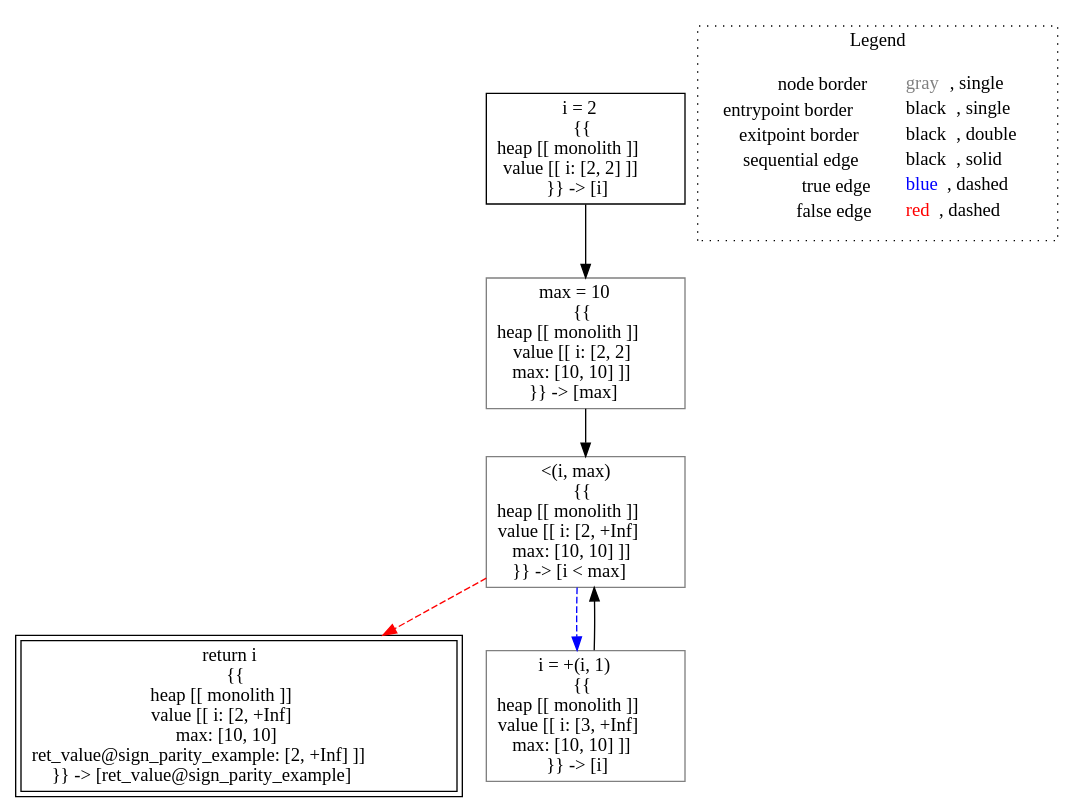
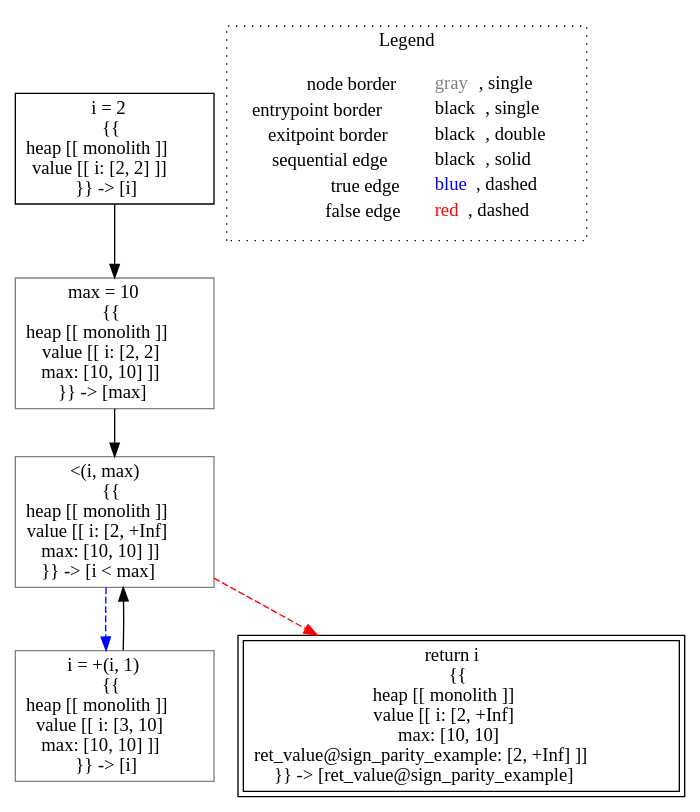
Before and after one commit to lisa-analyzer/lisa: the diagram in lisa/imp-testcases/interval/analysis___untyped_tutorial.sign_parity_example(tutorial_this).dot, drawn with Graphviz. The commit also changed 5 other files, not shown here.

```diff
--- a/lisa/imp-testcases/interval/analysis___untyped_tutorial.sign_parity_example(tutorial_this).dot
+++ b/lisa/imp-testcases/interval/analysis___untyped_tutorial.sign_parity_example(tutorial_this).dot
@@ -1,19 +1,19 @@
 digraph {
 	"node0" [shape="rect",color="black",label=<i = 2<BR/>{{<BR/>heap [[ monolith ]]<BR/>value [[ i: [2, 2] ]]<BR/>}} -&gt; [i]>];
-	"node1" [shape="rect",color="gray",label=<&lt;(i, max)<BR/>{{<BR/>heap [[ monolith ]]<BR/>value [[ i: [2, +Inf]<BR/>max: [10, 10] ]]<BR/>}} -&gt; [i &lt; max]>];
-	"node2" [shape="rect",color="gray",label=<max = 10<BR/>{{<BR/>heap [[ monolith ]]<BR/>value [[ i: [2, 2]<BR/>max: [10, 10] ]]<BR/>}} -&gt; [max]>];
-	"node3" [shape="rect",color="black",peripheries="2",label=<return i<BR/>{{<BR/>heap [[ monolith ]]<BR/>value [[ i: [2, +Inf]<BR/>max: [10, 10]<BR/>ret_value@sign_parity_example: [2, +Inf] ]]<BR/>}} -&gt; [ret_value@sign_parity_example]>];
-	"node4" [shape="rect",color="gray",label=<i = +(i, 1)<BR/>{{<BR/>heap [[ monolith ]]<BR/>value [[ i: [3, +Inf]<BR/>max: [10, 10] ]]<BR/>}} -&gt; [i]>];
-	"node1" -> "node3" [color="red",style="dashed"];
-	"node1" -> "node4" [color="blue",style="dashed"];
-	"node2" -> "node1" [color="black"];
-	"node4" -> "node1" [color="black"];
-	"node0" -> "node2" [color="black"];
+	"node1" [shape="rect",color="black",peripheries="2",label=<return i<BR/>{{<BR/>heap [[ monolith ]]<BR/>value [[ i: [2, +Inf]<BR/>max: [10, 10]<BR/>ret_value@sign_parity_example: [2, +Inf] ]]<BR/>}} -&gt; [ret_value@sign_parity_example]>];
+	"node2" [shape="rect",color="gray",label=<i = +(i, 1)<BR/>{{<BR/>heap [[ monolith ]]<BR/>value [[ i: [3, 10]<BR/>max: [10, 10] ]]<BR/>}} -&gt; [i]>];
+	"node3" [shape="rect",color="gray",label=<max = 10<BR/>{{<BR/>heap [[ monolith ]]<BR/>value [[ i: [2, 2]<BR/>max: [10, 10] ]]<BR/>}} -&gt; [max]>];
+	"node4" [shape="rect",color="gray",label=<&lt;(i, max)<BR/>{{<BR/>heap [[ monolith ]]<BR/>value [[ i: [2, +Inf]<BR/>max: [10, 10] ]]<BR/>}} -&gt; [i &lt; max]>];
+	"node0" -> "node3" [color="black"];
+	"node2" -> "node4" [color="black"];
+	"node3" -> "node4" [color="black"];
+	"node4" -> "node1" [color="red",style="dashed"];
+	"node4" -> "node2" [color="blue",style="dashed"];
 subgraph cluster_legend {
 	label="Legend";
 	style=dotted;
 	node [shape=plaintext];
 	"legend" [label=<<table border="0" cellpadding="2" cellspacing="0" cellborder="0"><tr><td align="right">node border&nbsp;</td><td align="left"><font color="gray">gray</font>, single</td></tr><tr><td align="right">entrypoint border&nbsp;</td><td align="left"><font color="black">black</font>, single</td></tr><tr><td align="right">exitpoint border&nbsp;</td><td align="left"><font color="black">black</font>, double</td></tr><tr><td align="right">sequential edge&nbsp;</td><td align="left"><font color="black">black</font>, solid</td></tr><tr><td align="right">true edge&nbsp;</td><td align="left"><font color="blue">blue</font>, dashed</td></tr><tr><td align="right">false edge&nbsp;</td><td align="left"><font color="red">red</font>, dashed</td></tr></table>>];
 }
 
 }
```
